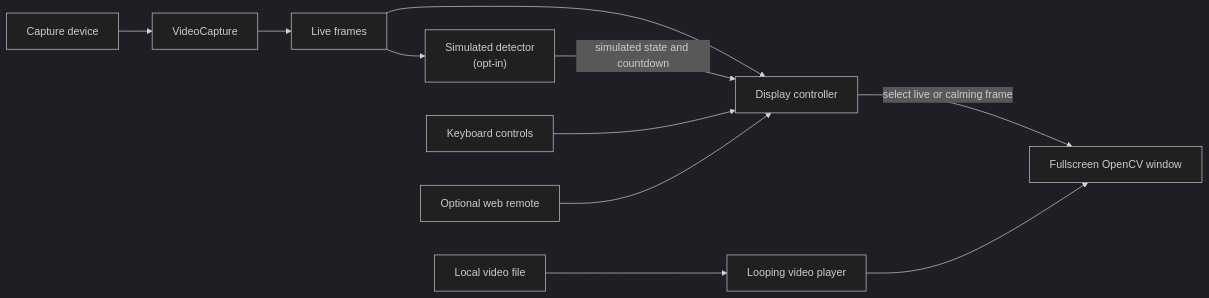
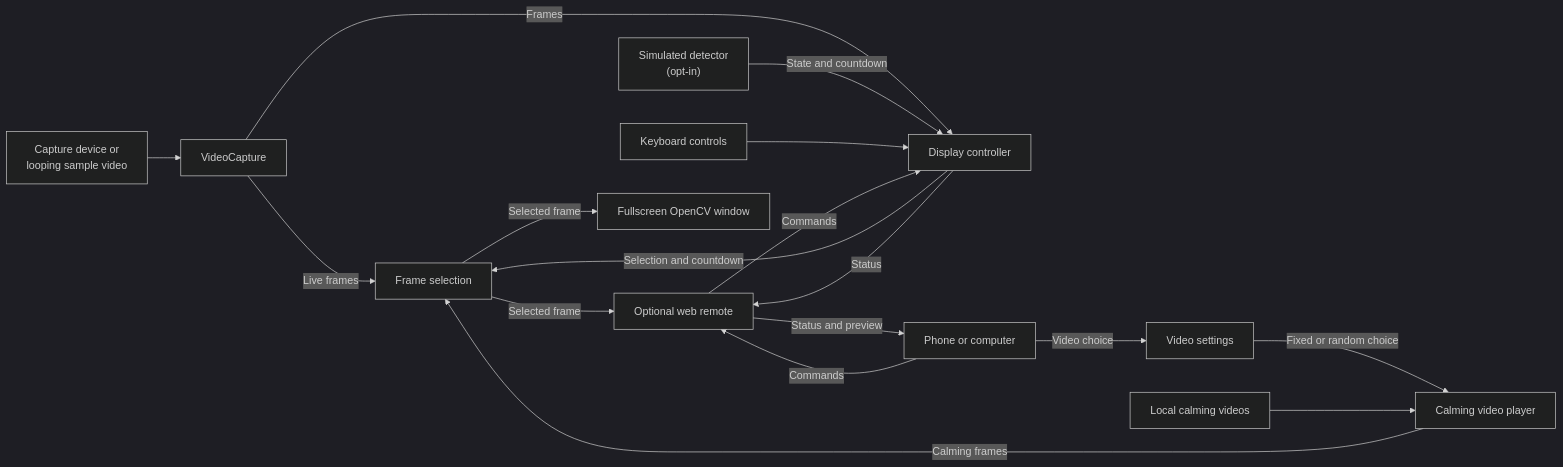
Before and after one commit to bryanspms/HappySpace: the second of 3 diagrams in README.md, drawn with Mermaid (dark theme). The commit also changed other lines of this file, not shown here.

Commit message:
Update README.md to enhance materials section with a table format and clarify video source options

````diff
--- a/README.md
+++ b/README.md
@@ -188,13 +198,19 @@
 ```mermaid
 flowchart LR
-    input["Capture device"] --> capture["VideoCapture"]
-    capture --> live["Live frames"]
-    live --> controller["Display controller"]
-    live --> demo["Simulated detector<br/>(opt-in)"]
-    demo -->|simulated state and countdown| controller
+    input["Capture device or<br/>looping sample video"] --> capture["VideoCapture"]
+    capture -->|Live frames| selection["Frame selection"]
+    capture -->|Frames| controller["Display controller"]
+    demo["Simulated detector<br/>(opt-in)"] -->|State and countdown| controller
     keys["Keyboard controls"] --> controller
-    phone["Optional web remote"] --> controller
-    asset["Local video file"] --> player["Looping video player"]
-    controller -->|select live or calming frame| display["Fullscreen OpenCV window"]
-    player --> display
+    phone["Phone or computer"] -->|Commands| remote["Optional web remote"]
+    remote -->|Commands| controller
+    phone -->|Video choice| settings["Video settings"]
+    settings -->|Fixed or random choice| player["Calming video player"]
+    asset["Local calming videos"] --> player
+    controller -->|Selection and countdown| selection
+    player -->|Calming frames| selection
+    selection -->|Selected frame| display["Fullscreen OpenCV window"]
+    selection -->|Selected frame| remote
+    controller -->|Status| remote
+    remote -->|Status and preview| phone
 ```
````
